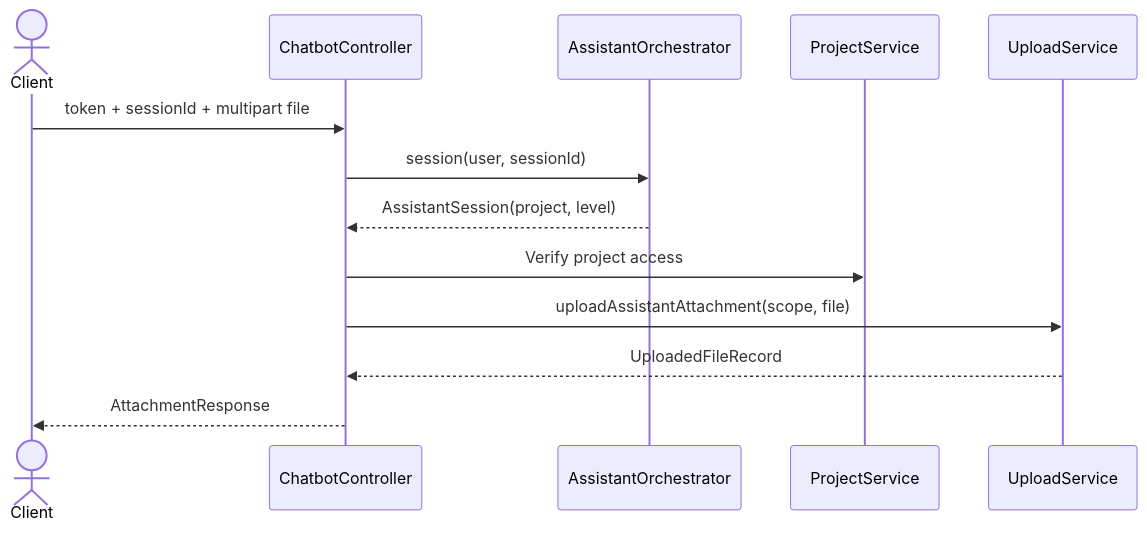
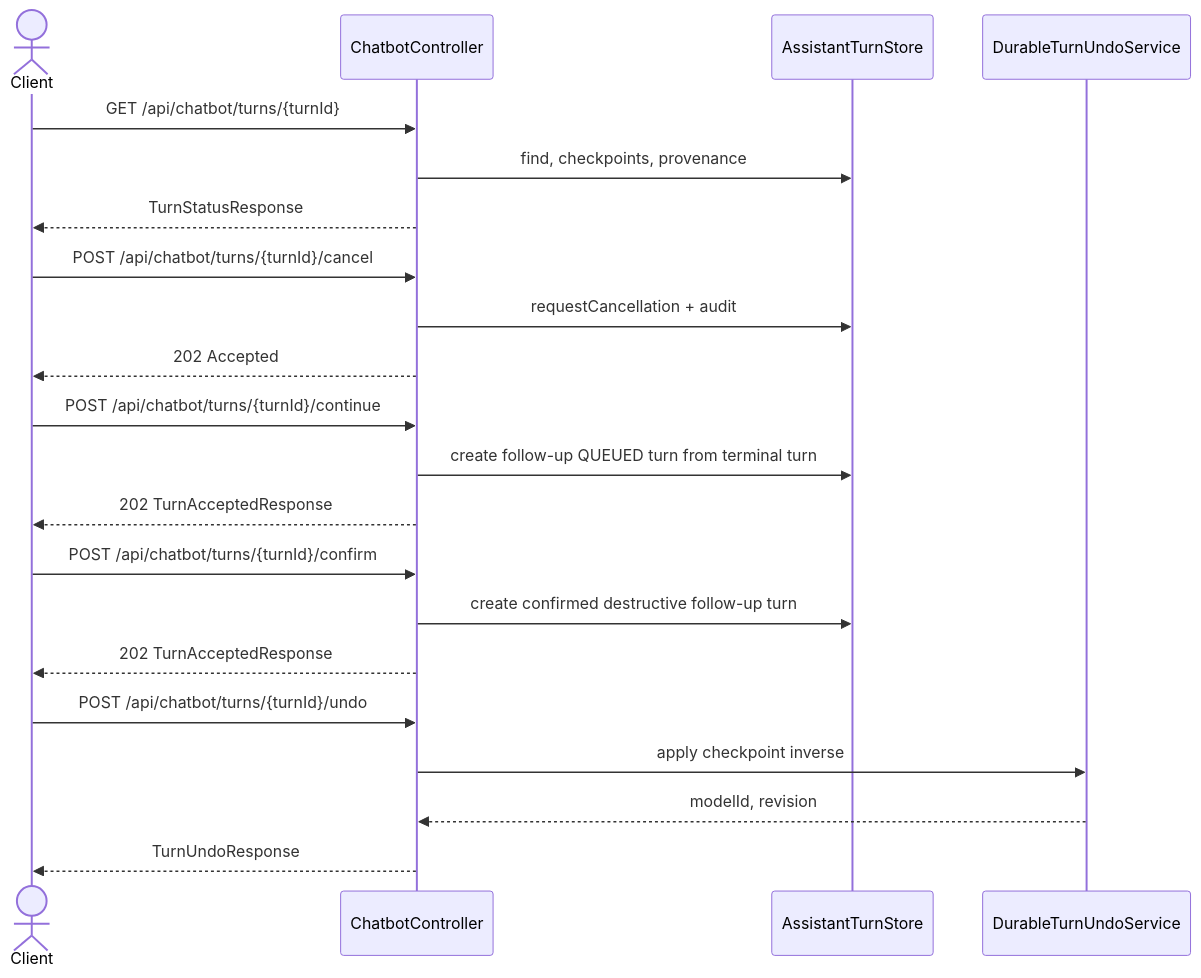
Before and after one commit to mehdieidi/modriss: the fourth of 5 diagrams in docs/diagrams/13-api-assistant-sequences.md, drawn with Mermaid. The commit also changed other lines of this file and 37 other files, not shown here.

First line of the commit message:
docs: refactor AI assistant documentation and improve clarity on durable turns, checkpoints, and event handling

````diff
--- a/docs/diagrams/13-api-assistant-sequences.md
+++ b/docs/diagrams/13-api-assistant-sequences.md
@@ -102,15 +70,28 @@
 ```mermaid
 sequenceDiagram
     actor Client
     participant C as ChatbotController
-    participant O as AssistantOrchestrator
-    participant P as ProjectService
-    participant U as UploadService
-    Client->>C: token + sessionId + multipart file
-    C->>O: session(user, sessionId)
-    O-->>C: AssistantSession(project, level)
-    C->>P: Verify project access
-    C->>U: uploadAssistantAttachment(scope, file)
-    U-->>C: UploadedFileRecord
-    C-->>Client: AttachmentResponse
+    participant T as AssistantTurnStore
+    participant Undo as DurableTurnUndoService
+
+    Client->>C: GET /api/chatbot/turns/{turnId}
+    C->>T: find, checkpoints, provenance
+    C-->>Client: TurnStatusResponse
+
+    Client->>C: POST /api/chatbot/turns/{turnId}/cancel
+    C->>T: requestCancellation + audit
+    C-->>Client: 202 Accepted
+
+    Client->>C: POST /api/chatbot/turns/{turnId}/continue
+    C->>T: create follow-up QUEUED turn from terminal turn
+    C-->>Client: 202 TurnAcceptedResponse
+
+    Client->>C: POST /api/chatbot/turns/{turnId}/confirm
+    C->>T: create confirmed destructive follow-up turn
+    C-->>Client: 202 TurnAcceptedResponse
+
+    Client->>C: POST /api/chatbot/turns/{turnId}/undo
+    C->>Undo: apply checkpoint inverse
+    Undo-->>C: modelId, revision
+    C-->>Client: TurnUndoResponse
 ```
````
